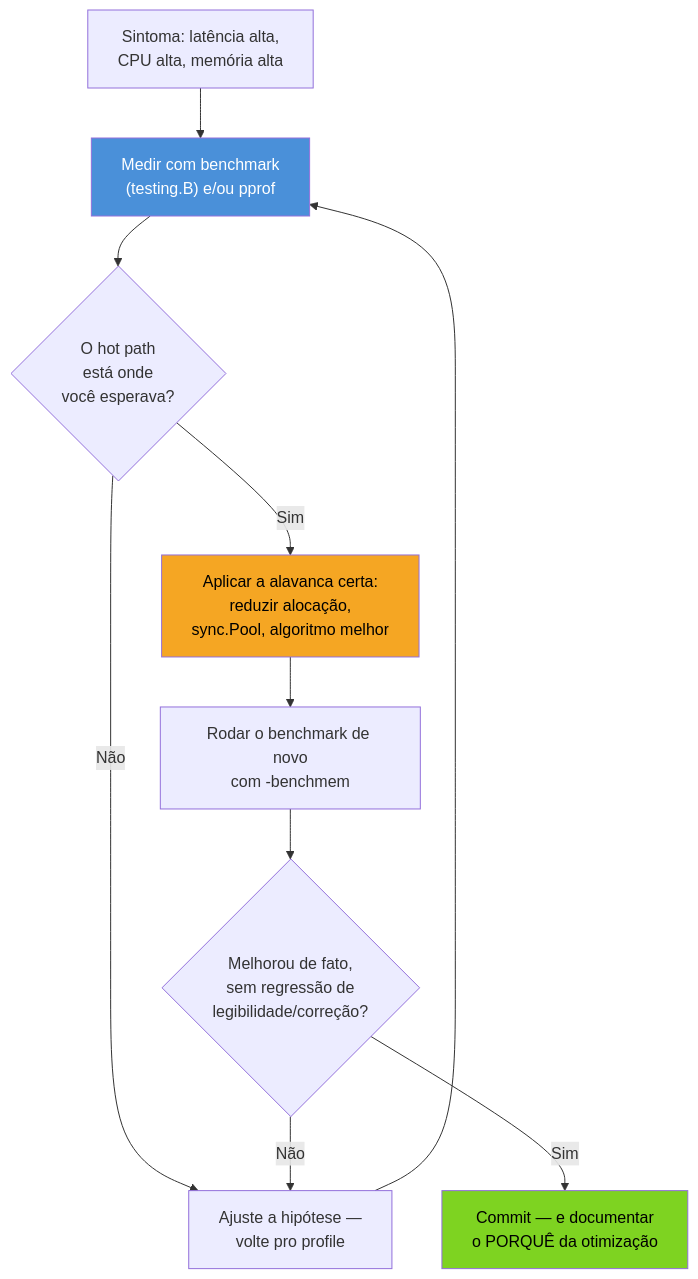
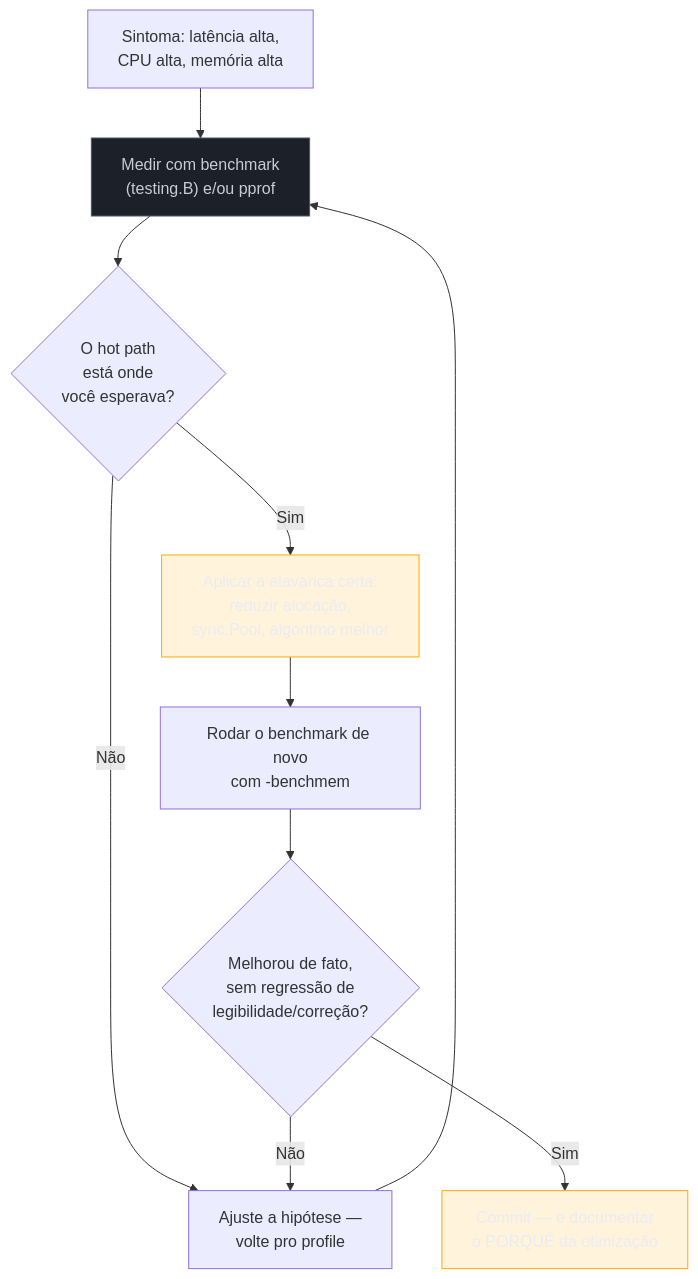
Before and after one commit to josenaldo/codex-technomanticus: the first of 2 diagrams in 03-Dominios/Tecnologia/Go/17 - Runtime interno/08 - Otimização guiada por entendimento.md, drawn with Mermaid. The commit also changed 1181 other files, not shown here.

First line of the commit message:
fix(diagramas): paleta do sistema no lugar de cor cravada no markdown

````diff
--- a/03-Dominios/Tecnologia/Go/17 - Runtime interno/08 - Otimização guiada por entendimento.md
+++ b/03-Dominios/Tecnologia/Go/17 - Runtime interno/08 - Otimização guiada por entendimento.md
@@ -39,16 +39,18 @@
 ```mermaid
 flowchart TD
+    classDef neutro fill:#1B2029,stroke:#4E5666,color:#C6CCD8
+    classDef destaque fill:#FFAA0024,stroke:#FFAA00,color:#E9ECF2
     A["Sintoma: latência alta,\nCPU alta, memória alta"] --> B["Medir com benchmark\n(testing.B) e/ou pprof"]
     B --> C{"O hot path\nestá onde\nvocê esperava?"}
     C -->|Não| D["Ajuste a hipótese —\nvolte pro profile"]
     D --> B
     C -->|Sim| E["Aplicar a alavanca certa:\nreduzir alocação,\nsync.Pool, algoritmo melhor"]
     E --> F["Rodar o benchmark de novo\ncom -benchmem"]
     F --> G{"Melhorou de fato,\nsem regressão de\nlegibilidade/correção?"}
     G -->|Não| D
     G -->|Sim| H["Commit — e documentar\no PORQUÊ da otimização"]
 
-    style B fill:#4A90D9,color:#fff
-    style E fill:#F5A623,color:#000
-    style H fill:#7ED321,color:#000
+    class B neutro
+    class E destaque
+    class H destaque
 ```
````
